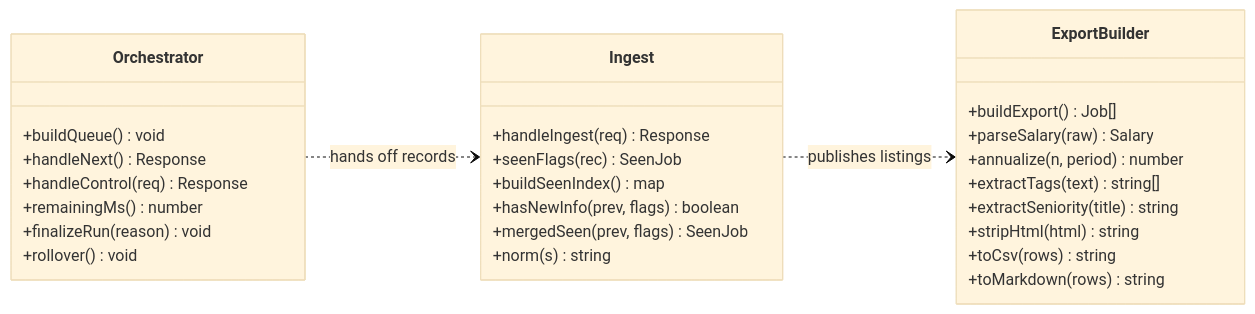
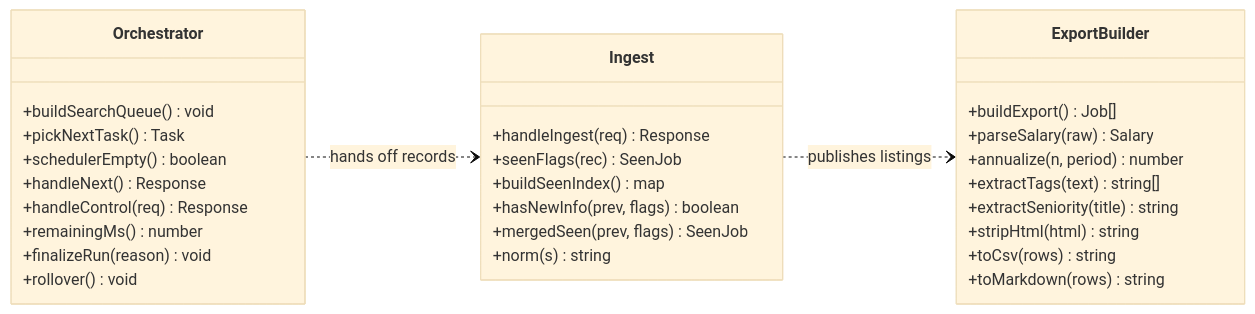
One commit to sdaves/mobile-job-search-archiver changed the eighth of 10 diagrams in ARCHITECTURE.md. Above: the diagram before and after it, drawn with Mermaid (base theme). The commit also changed other lines of this file and 3 other files, not shown here.

````diff
--- a/ARCHITECTURE.md
+++ b/ARCHITECTURE.md
@@ -335,33 +344,35 @@
 ```mermaid
 classDiagram
     direction LR
     class Orchestrator {
-        +buildQueue() void
+        +buildSearchQueue() void
+        +pickNextTask() Task
+        +schedulerEmpty() boolean
         +handleNext() Response
         +handleControl(req) Response
         +remainingMs() number
         +finalizeRun(reason) void
         +rollover() void
     }
     class Ingest {
         +handleIngest(req) Response
         +seenFlags(rec) SeenJob
         +buildSeenIndex() map
         +hasNewInfo(prev, flags) boolean
         +mergedSeen(prev, flags) SeenJob
         +norm(s) string
     }
     class ExportBuilder {
         +buildExport() Job[]
         +parseSalary(raw) Salary
         +annualize(n, period) number
         +extractTags(text) string[]
         +extractSeniority(title) string
         +stripHtml(html) string
         +toCsv(rows) string
         +toMarkdown(rows) string
     }
 
     Orchestrator ..> Ingest : hands off records
     Ingest ..> ExportBuilder : publishes listings
 ```
````
